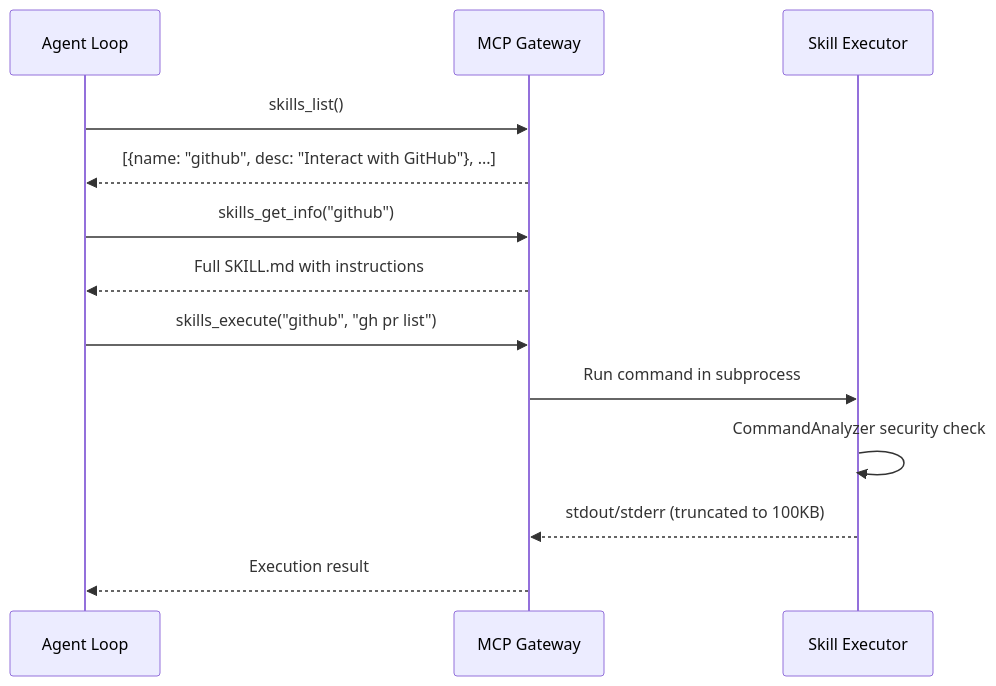
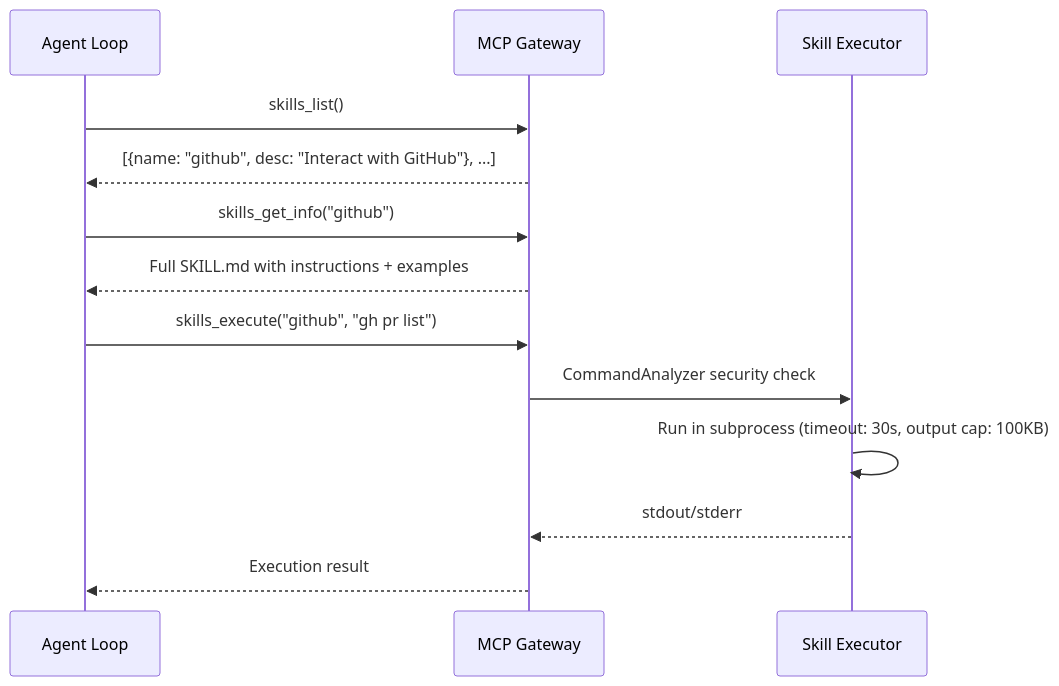
The fifth of 6 diagrams in docs/agents/echomind-agent-architecture.md (gen-mind/echo-mind), drawn with Mermaid before and after one commit. The commit also changed other lines of this file, not shown here.

````diff
--- a/docs/agents/echomind-agent-architecture.md
+++ b/docs/agents/echomind-agent-architecture.md
@@ -179,18 +251,18 @@
 ```mermaid
 sequenceDiagram
     participant Agent as Agent Loop
     participant MCP as MCP Gateway
-    participant Skill as Skill Executor
+    participant Exec as Skill Executor
 
     Agent->>MCP: skills_list()
     MCP-->>Agent: [{name: "github", desc: "Interact with GitHub"}, ...]
 
     Agent->>MCP: skills_get_info("github")
-    MCP-->>Agent: Full SKILL.md with instructions
+    MCP-->>Agent: Full SKILL.md with instructions + examples
 
     Agent->>MCP: skills_execute("github", "gh pr list")
-    MCP->>Skill: Run command in subprocess
-    Skill->>Skill: CommandAnalyzer security check
-    Skill-->>MCP: stdout/stderr (truncated to 100KB)
+    MCP->>Exec: CommandAnalyzer security check
+    Exec->>Exec: Run in subprocess (timeout: 30s, output cap: 100KB)
+    Exec-->>MCP: stdout/stderr
     MCP-->>Agent: Execution result
 ```
````
